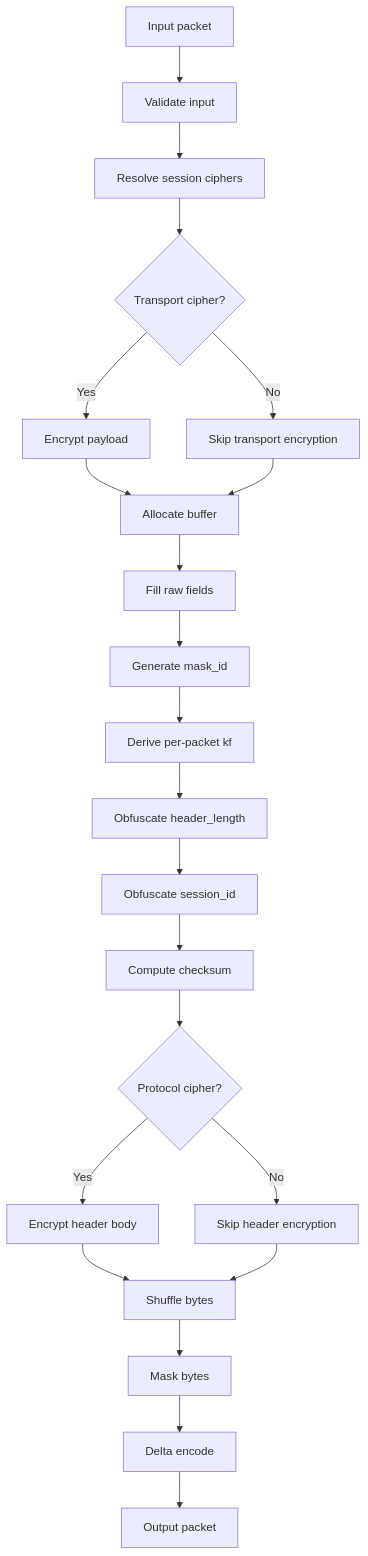
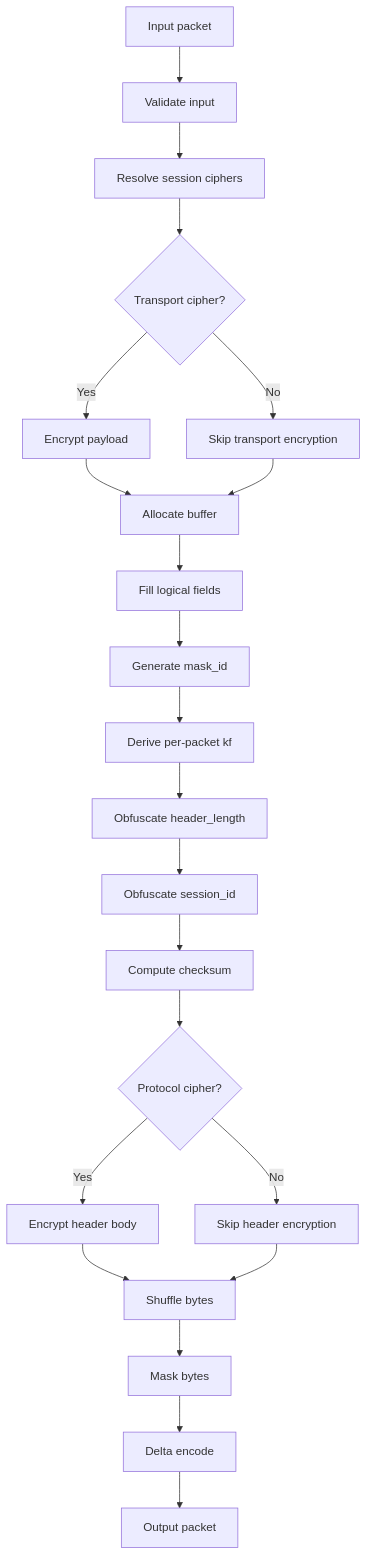
The third of 3 diagrams in docs/PACKET_FORMATS.md (HyacinthHaru/openppp2), drawn with Mermaid before and after one commit. The commit also changed other lines of this file and 45 other files, not shown here.

````diff
--- a/docs/PACKET_FORMATS.md
+++ b/docs/PACKET_FORMATS.md
@@ -347,24 +195,24 @@
 ```mermaid
 flowchart TD
     A[Input packet] --> B[Validate input]
     B --> C[Resolve session ciphers]
     C --> D{Transport cipher?}
     D -->|Yes| E[Encrypt payload]
     D -->|No| F[Skip transport encryption]
     E --> G
     F --> G
-    G[Allocate buffer] --> H[Fill raw fields]
+    G[Allocate buffer] --> H[Fill logical fields]
     H --> I[Generate mask_id]
     I --> J[Derive per-packet kf]
     J --> K[Obfuscate header_length]
     K --> L[Obfuscate session_id]
     L --> M[Compute checksum]
     M --> N{Protocol cipher?}
     N -->|Yes| O[Encrypt header body]
     N -->|No| P[Skip header encryption]
     O --> Q
     P --> Q
     Q[Shuffle bytes] --> R[Mask bytes]
     R --> S[Delta encode]
     S --> T[Output packet]
 ```
````
